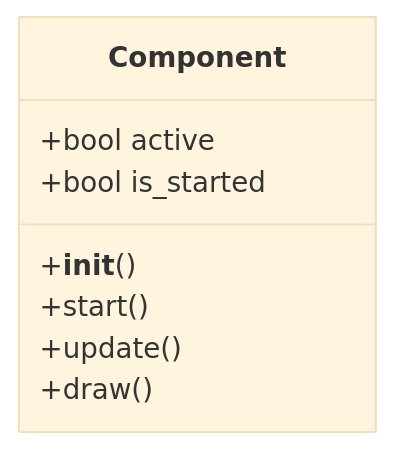
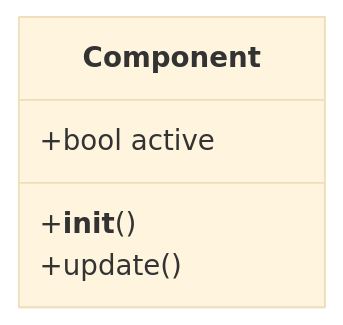
One commit to dev-haku/py-gamekit changed the seventh of 9 diagrams in docs/py-gamekit.md. Above: the diagram before and after it, drawn with Mermaid (base theme). The commit also changed other lines of this file, not shown here.

````diff
--- a/docs/py-gamekit.md
+++ b/docs/py-gamekit.md
@@ -293,13 +286,10 @@
 ```mermaid
 classDiagram
 
 class Component {
     +bool active
-    +bool is_started
 
     +__init__()
-    +start()
     +update()
-    +draw()
 }
 ```
````
